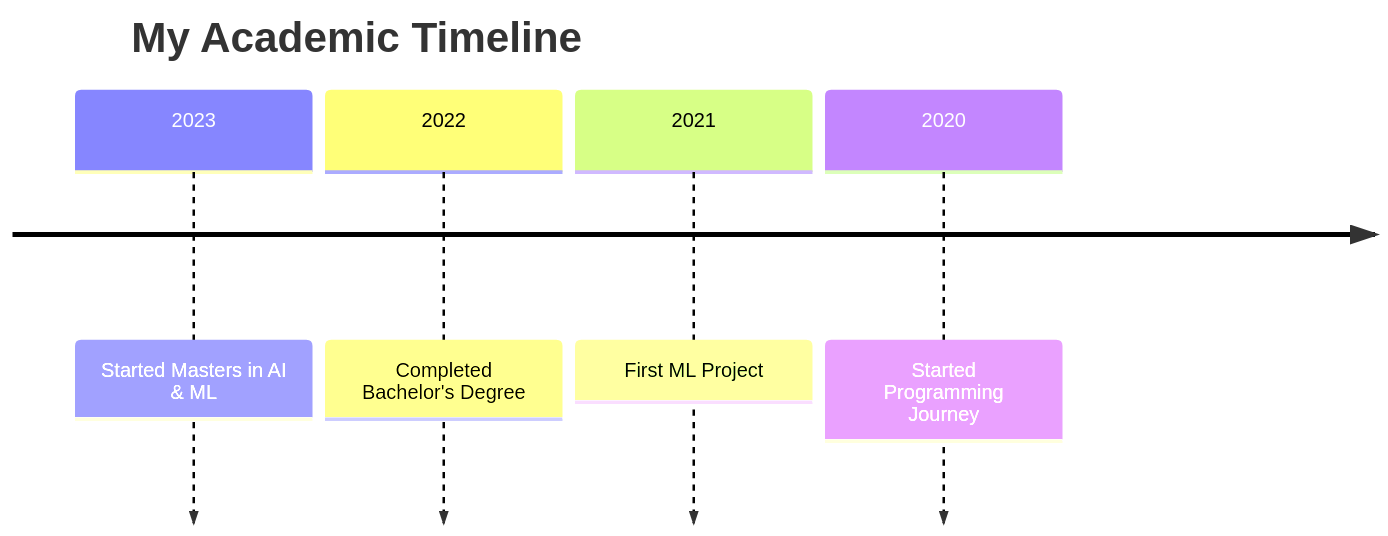
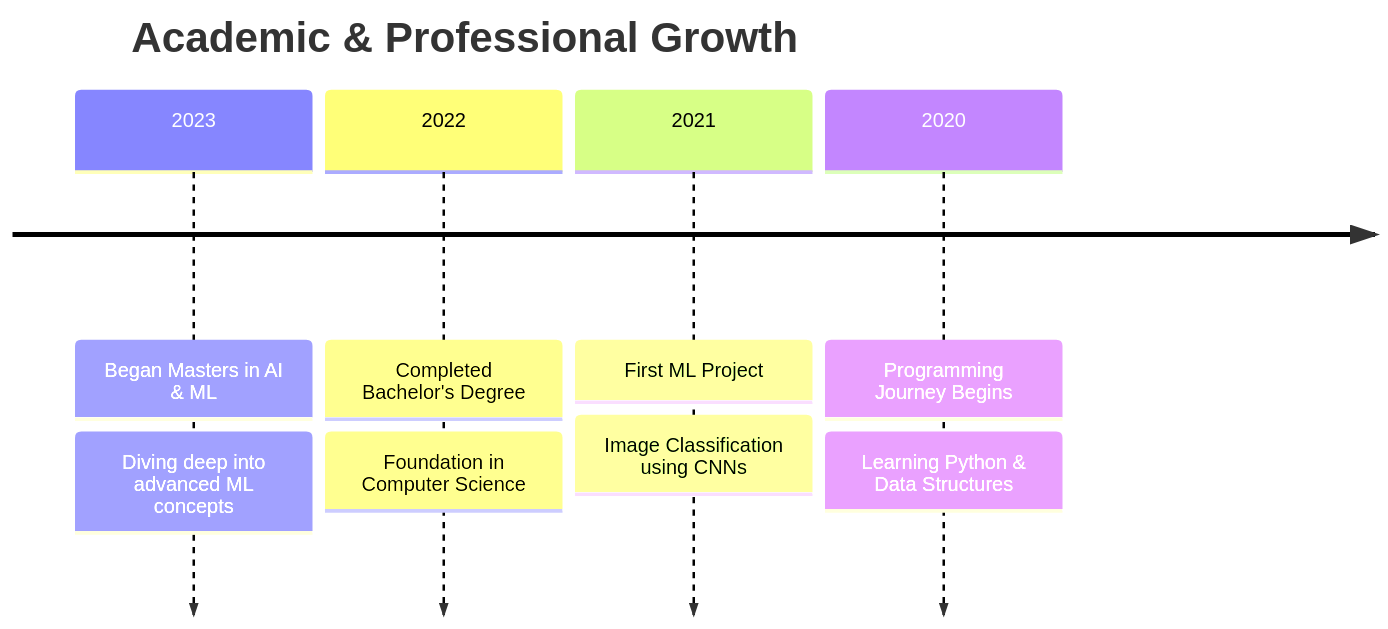
Before and after one commit to Susanta2102/Susanta2102: the diagram in README.md, drawn with Mermaid. The commit also changed other lines of this file, not shown here.

````diff
--- a/README.md
+++ b/README.md
@@ -68,8 +72,8 @@
 ```mermaid
 timeline
-    title My Academic Timeline
-    2023 : Started Masters in AI & ML
-    2022 : Completed Bachelor's Degree
-    2021 : First ML Project
-    2020 : Started Programming Journey
+    title Academic & Professional Growth
+    2023 : Began Masters in AI & ML : Diving deep into advanced ML concepts
+    2022 : Completed Bachelor's Degree : Foundation in Computer Science
+    2021 : First ML Project : Image Classification using CNNs
+    2020 : Programming Journey Begins : Learning Python & Data Structures
 ```
````
